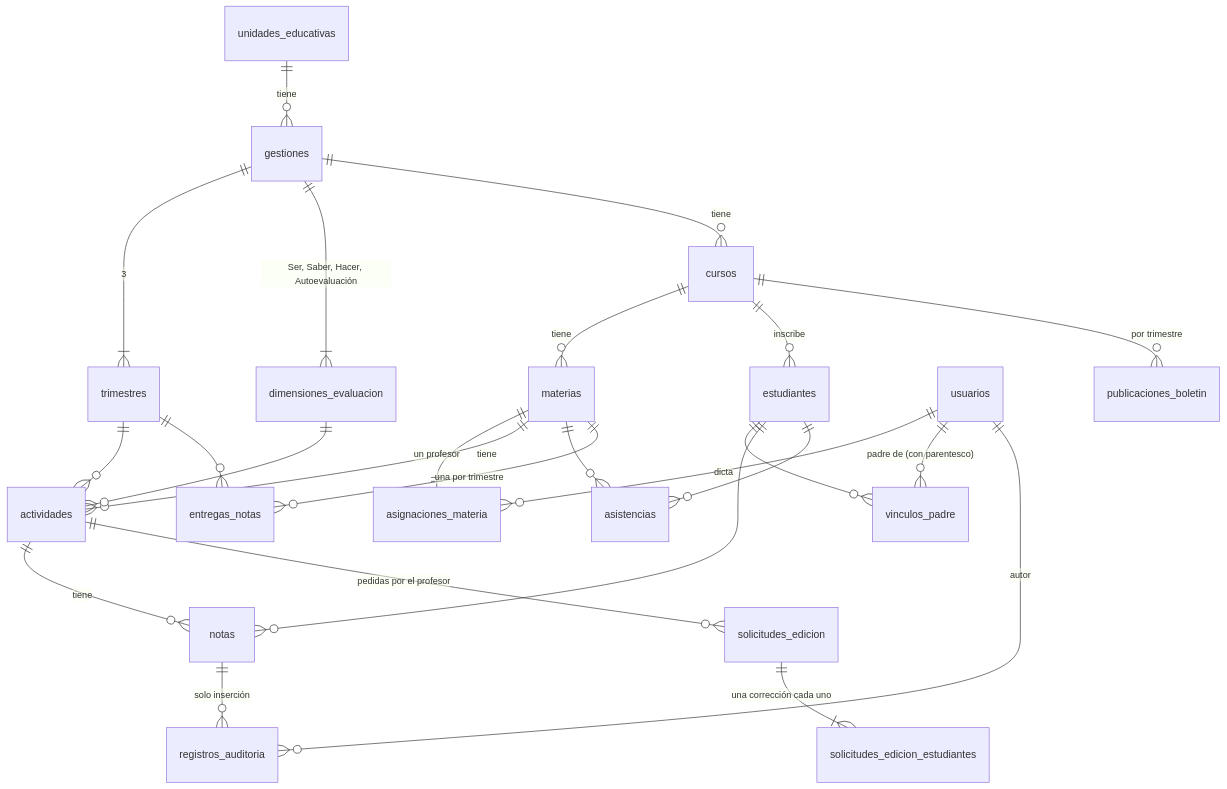
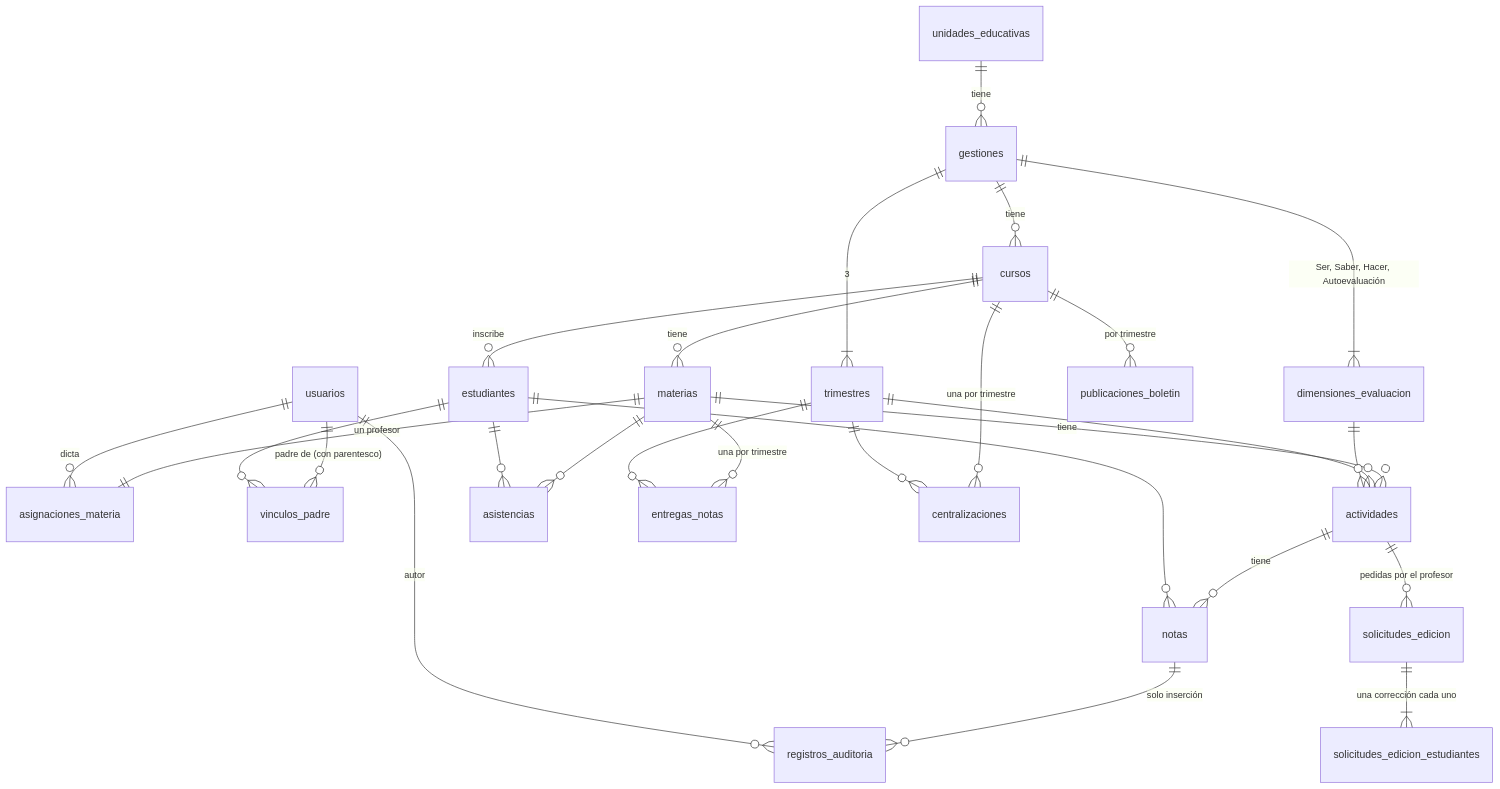
The third of 3 diagrams in docs/sad/SAD-CalisFacu.md (lujan-99/calisfacu), drawn with Mermaid before and after one commit. The commit also changed other lines of this file and 17 other files, not shown here.

````diff
--- a/docs/sad/SAD-CalisFacu.md
+++ b/docs/sad/SAD-CalisFacu.md
@@ -118,27 +118,29 @@
 ```mermaid
 erDiagram
   unidades_educativas ||--o{ gestiones : tiene
   gestiones ||--|{ trimestres : "3"
   gestiones ||--|{ dimensiones_evaluacion : "Ser, Saber, Hacer, Autoevaluación"
   gestiones ||--o{ cursos : tiene
   cursos ||--o{ materias : tiene
   cursos ||--o{ estudiantes : inscribe
   materias ||--|| asignaciones_materia : "un profesor"
   usuarios ||--o{ asignaciones_materia : dicta
   cursos ||--o{ publicaciones_boletin : "por trimestre"
   usuarios ||--o{ vinculos_padre : "padre de (con parentesco)"
   estudiantes ||--o{ vinculos_padre : ""
   materias ||--o{ actividades : tiene
   trimestres ||--o{ actividades : ""
   dimensiones_evaluacion ||--o{ actividades : ""
   actividades ||--o{ notas : tiene
   estudiantes ||--o{ notas : ""
   notas ||--o{ registros_auditoria : "solo inserción"
   usuarios ||--o{ registros_auditoria : autor
   materias ||--o{ asistencias : ""
   estudiantes ||--o{ asistencias : ""
   actividades ||--o{ solicitudes_edicion : "pedidas por el profesor"
   solicitudes_edicion ||--|{ solicitudes_edicion_estudiantes : "una corrección cada uno"
   materias ||--o{ entregas_notas : "una por trimestre"
   trimestres ||--o{ entregas_notas : ""
+  cursos ||--o{ centralizaciones : "una por trimestre"
+  trimestres ||--o{ centralizaciones : ""
 ```
````
